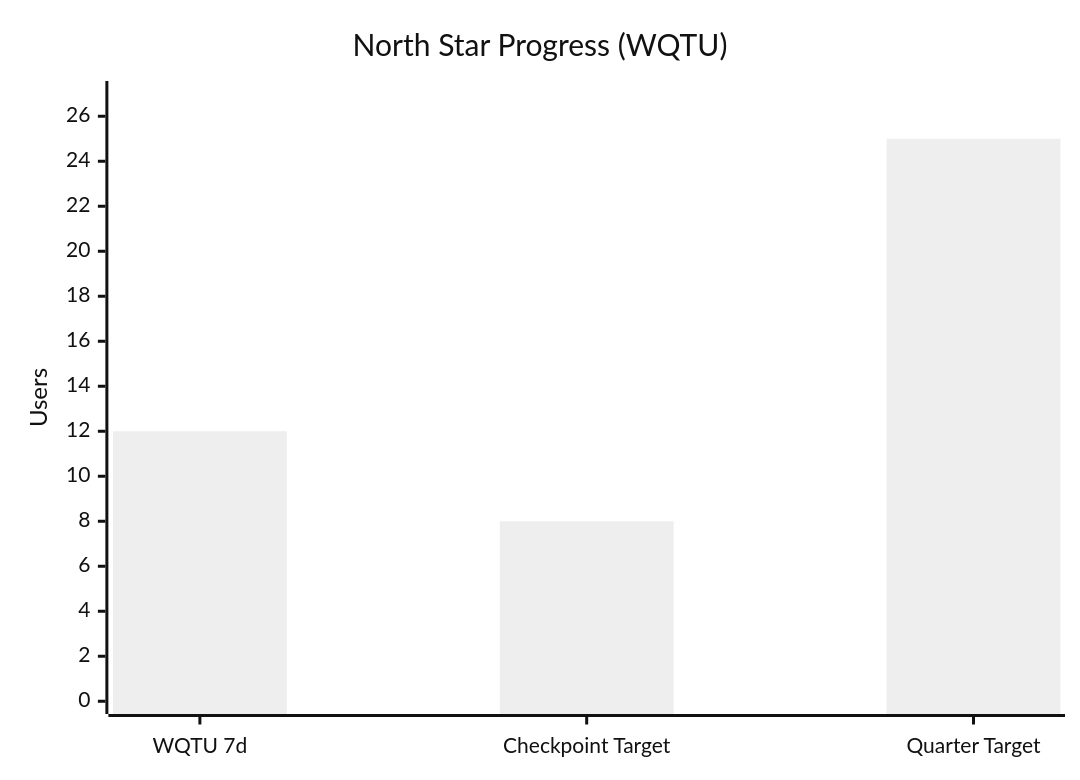
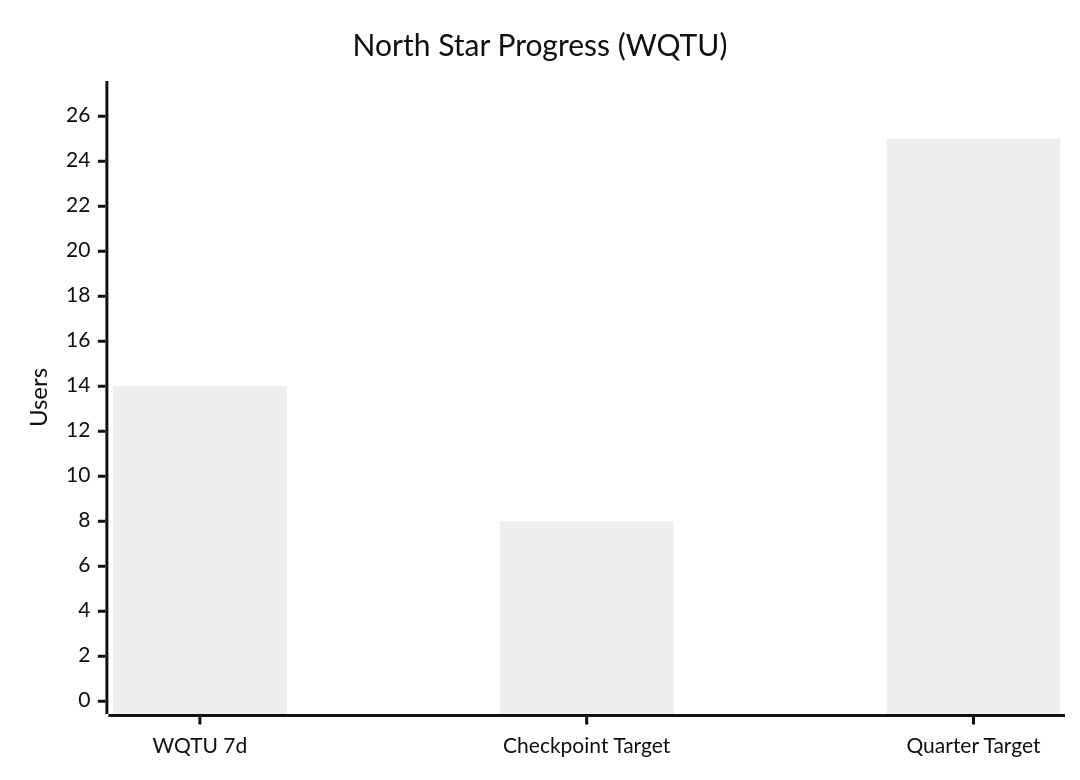
Before and after one commit to IgorGanapolsky/Random-Timer: the second of 4 diagrams in wiki/Paid-Acquisition.md, drawn with Mermaid (neutral theme). The commit also changed other lines of this file and 10 other files, not shown here.

````diff
--- a/wiki/Paid-Acquisition.md
+++ b/wiki/Paid-Acquisition.md
@@ -50,7 +50,7 @@
 ```mermaid
 xychart-beta
     title "North Star Progress (WQTU)"
     x-axis ["WQTU 7d" , "Checkpoint Target" , "Quarter Target"]
     y-axis "Users" 0 --> 27
-    bar [12 , 8 , 25]
+    bar [14 , 8 , 25]
 ```
````
